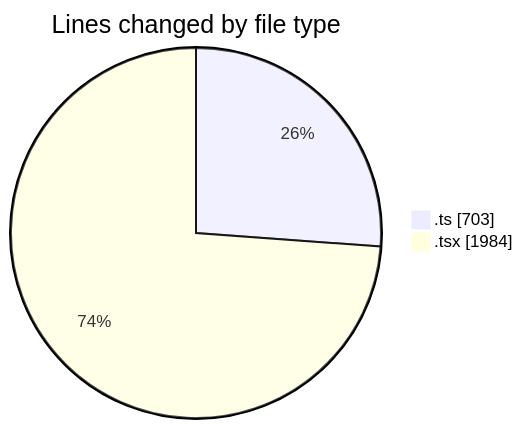
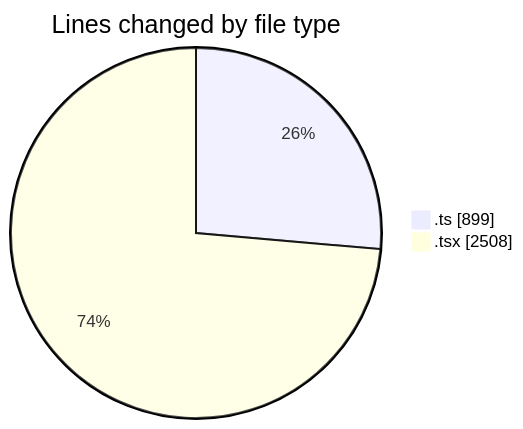
Before and after one commit to nxtqubesakshisongat/code-tracking: the first of 2 diagrams in 2026-03-11/nxtqube_webapp/README.md, drawn with Mermaid. The commit also changed other lines of this file and 1 other file, not shown here.

````diff
--- a/2026-03-11/nxtqube_webapp/README.md
+++ b/2026-03-11/nxtqube_webapp/README.md
@@ -24,6 +27,6 @@
 ```mermaid
 pie showData
 title Lines changed by file type
-".ts" : 703
-".tsx" : 1984
+".ts" : 899
+".tsx" : 2508
 ```
````
